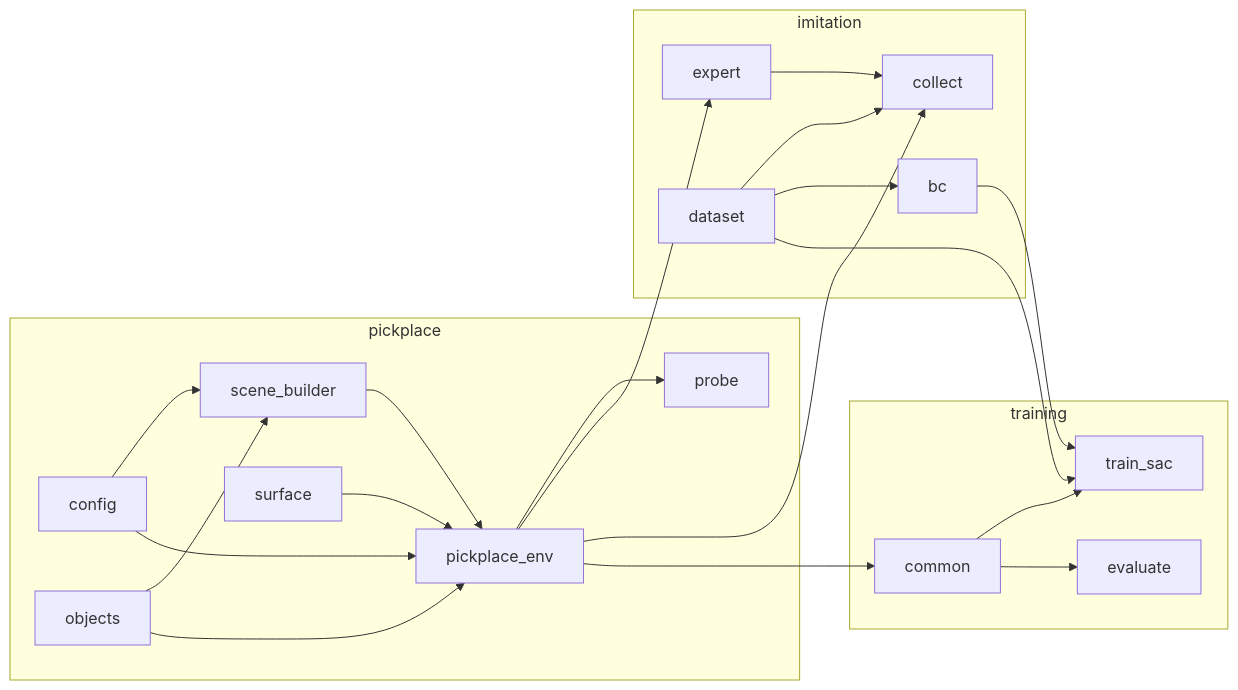
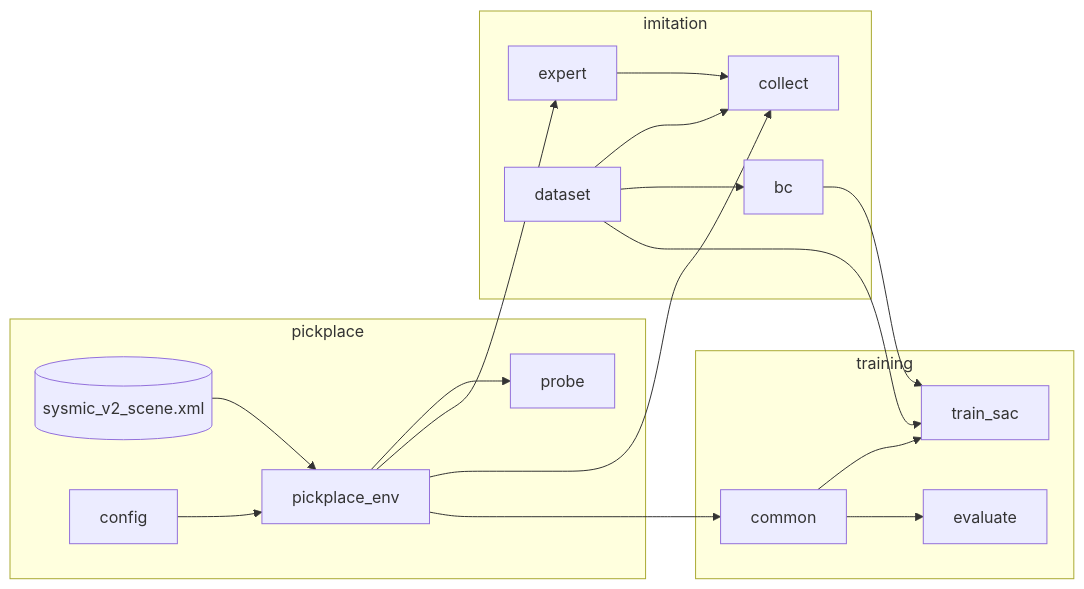
One commit to ShUbHkHaNdElWaL493/Sysmic-RL changed the first of 2 diagrams in README.md. Above: the diagram before and after it, drawn with Mermaid. The commit also changed other lines of this file and 22 other files, not shown here.

Commit message:
Created sysmic_v2_scene.xml with configurable table and object parameters

````diff
--- a/README.md
+++ b/README.md
@@ -90,26 +88,22 @@
 ```mermaid
 flowchart LR
   subgraph pickplace
-    C[config] --> SB[scene_builder]
-    O[objects] --> SB
-    C --> E[pickplace_env]
-    O --> E
-    SB --> E
-    S[surface] --> E
+    XML[(sysmic_v2_scene.xml)] --> E[pickplace_env]
+    C[config] --> E
     E --> P[probe]
   end
   subgraph imitation
     X[expert] --> CO[collect]
     D[dataset] --> CO
     D --> BC[bc]
   end
   subgraph training
     CM[common] --> TS[train_sac]
     CM --> EV[evaluate]
   end
   E --> X
   E --> CO
   E --> CM
   BC --> TS
   D --> TS
 ```
````
